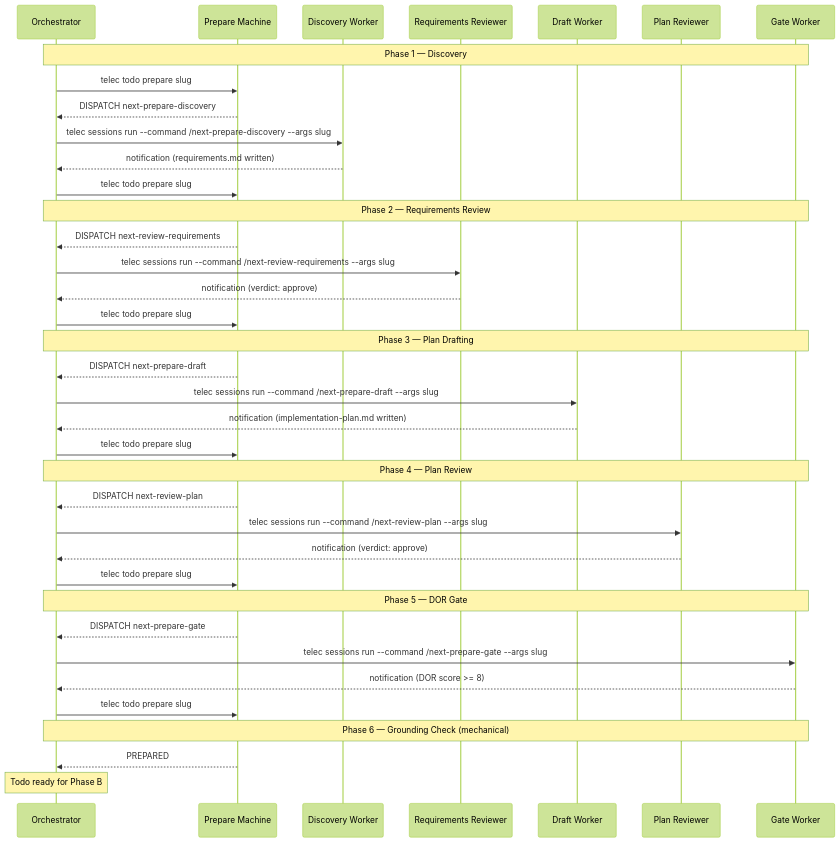
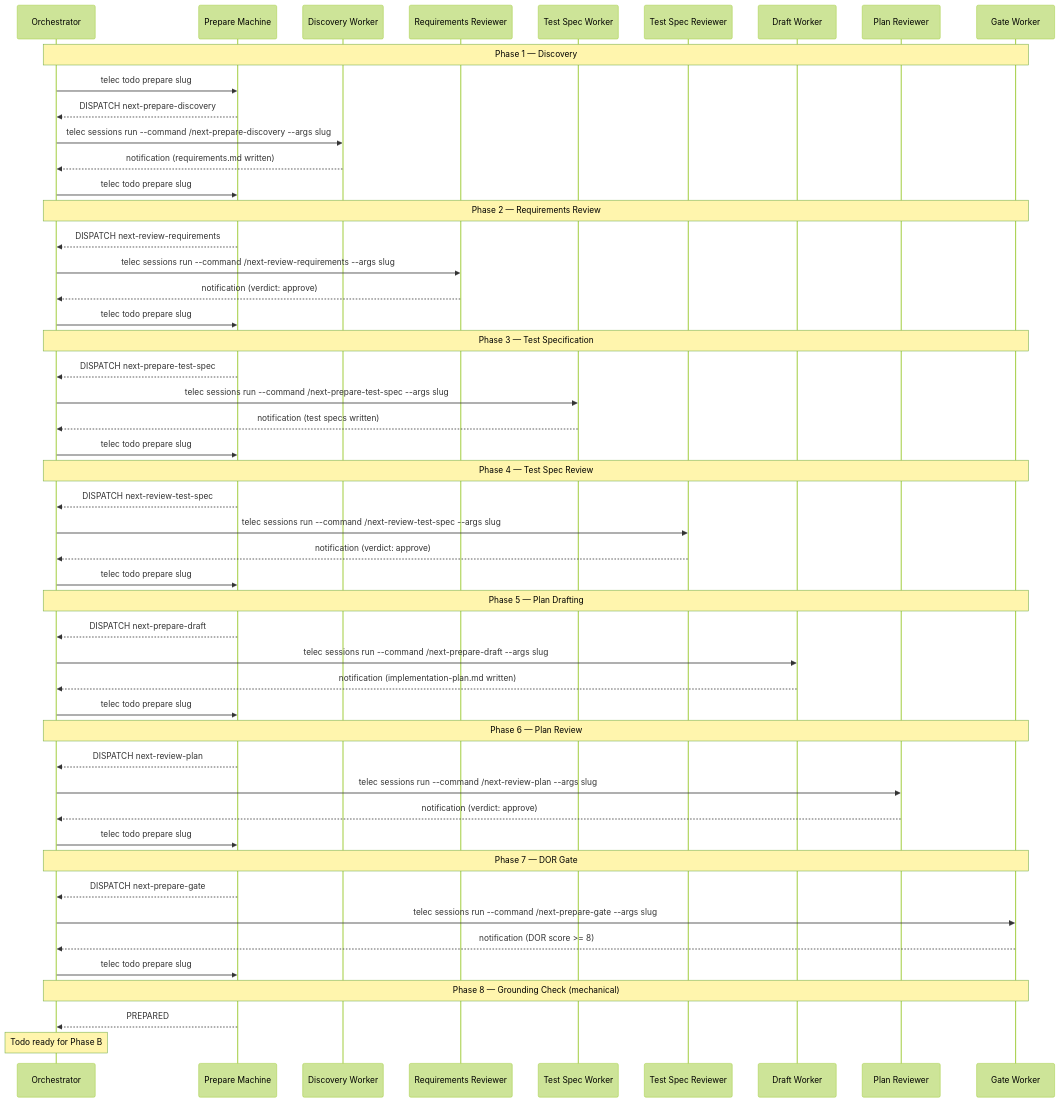
One commit to InstruktAI/TeleClaude changed the third of 4 diagrams in docs/project/design/architecture/prepare-state-machine.md. Above: the diagram before and after it, drawn with Mermaid (forest theme). The commit also changed other lines of this file and 156 other files, not shown here.

First line of the commit message:
feat(tdd): ship test-driven development into SDLC with spec builder/reviewer pipeline

````diff
--- a/docs/project/design/architecture/prepare-state-machine.md
+++ b/docs/project/design/architecture/prepare-state-machine.md
@@ -200,45 +225,59 @@
 ```mermaid
 sequenceDiagram
     participant O as Orchestrator
     participant SM as Prepare Machine
     participant D as Discovery Worker
     participant RR as Requirements Reviewer
+    participant TS as Test Spec Worker
+    participant TSR as Test Spec Reviewer
     participant DR as Draft Worker
     participant PR as Plan Reviewer
     participant G as Gate Worker
 
     Note over O,G: Phase 1 — Discovery
     O->>SM: telec todo prepare slug
     SM-->>O: DISPATCH next-prepare-discovery
     O->>D: telec sessions run --command /next-prepare-discovery --args slug
     D-->>O: notification (requirements.md written)
     O->>SM: telec todo prepare slug
 
     Note over O,G: Phase 2 — Requirements Review
     SM-->>O: DISPATCH next-review-requirements
     O->>RR: telec sessions run --command /next-review-requirements --args slug
     RR-->>O: notification (verdict: approve)
     O->>SM: telec todo prepare slug
 
-    Note over O,G: Phase 3 — Plan Drafting
+    Note over O,G: Phase 3 — Test Specification
+    SM-->>O: DISPATCH next-prepare-test-spec
+    O->>TS: telec sessions run --command /next-prepare-test-spec --args slug
+    TS-->>O: notification (test specs written)
+    O->>SM: telec todo prepare slug
+
+    Note over O,G: Phase 4 — Test Spec Review
+    SM-->>O: DISPATCH next-review-test-spec
+    O->>TSR: telec sessions run --command /next-review-test-spec --args slug
+    TSR-->>O: notification (verdict: approve)
+    O->>SM: telec todo prepare slug
+
+    Note over O,G: Phase 5 — Plan Drafting
     SM-->>O: DISPATCH next-prepare-draft
     O->>DR: telec sessions run --command /next-prepare-draft --args slug
     DR-->>O: notification (implementation-plan.md written)
     O->>SM: telec todo prepare slug
 
-    Note over O,G: Phase 4 — Plan Review
+    Note over O,G: Phase 6 — Plan Review
     SM-->>O: DISPATCH next-review-plan
     O->>PR: telec sessions run --command /next-review-plan --args slug
     PR-->>O: notification (verdict: approve)
     O->>SM: telec todo prepare slug
 
-    Note over O,G: Phase 5 — DOR Gate
+    Note over O,G: Phase 7 — DOR Gate
     SM-->>O: DISPATCH next-prepare-gate
     O->>G: telec sessions run --command /next-prepare-gate --args slug
     G-->>O: notification (DOR score >= 8)
     O->>SM: telec todo prepare slug
 
-    Note over O,G: Phase 6 — Grounding Check (mechanical)
+    Note over O,G: Phase 8 — Grounding Check (mechanical)
     SM-->>O: PREPARED
     Note over O: Todo ready for Phase B
 ```
````
